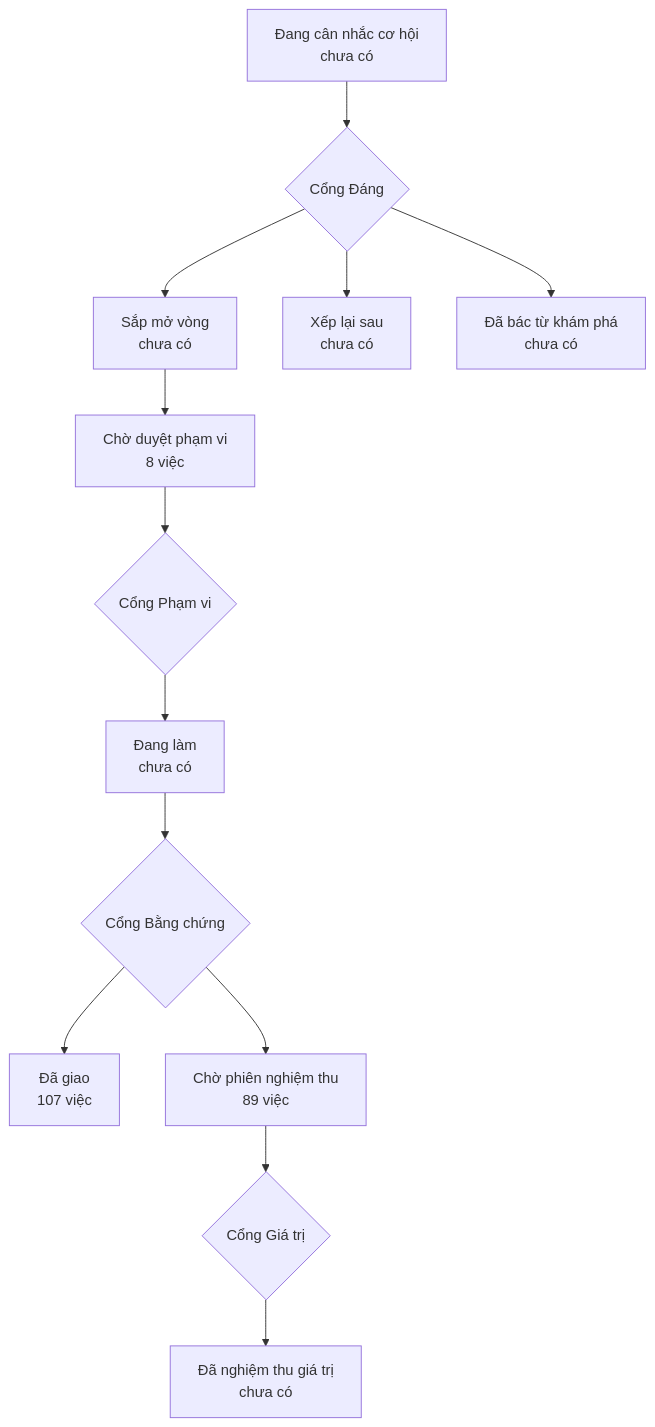
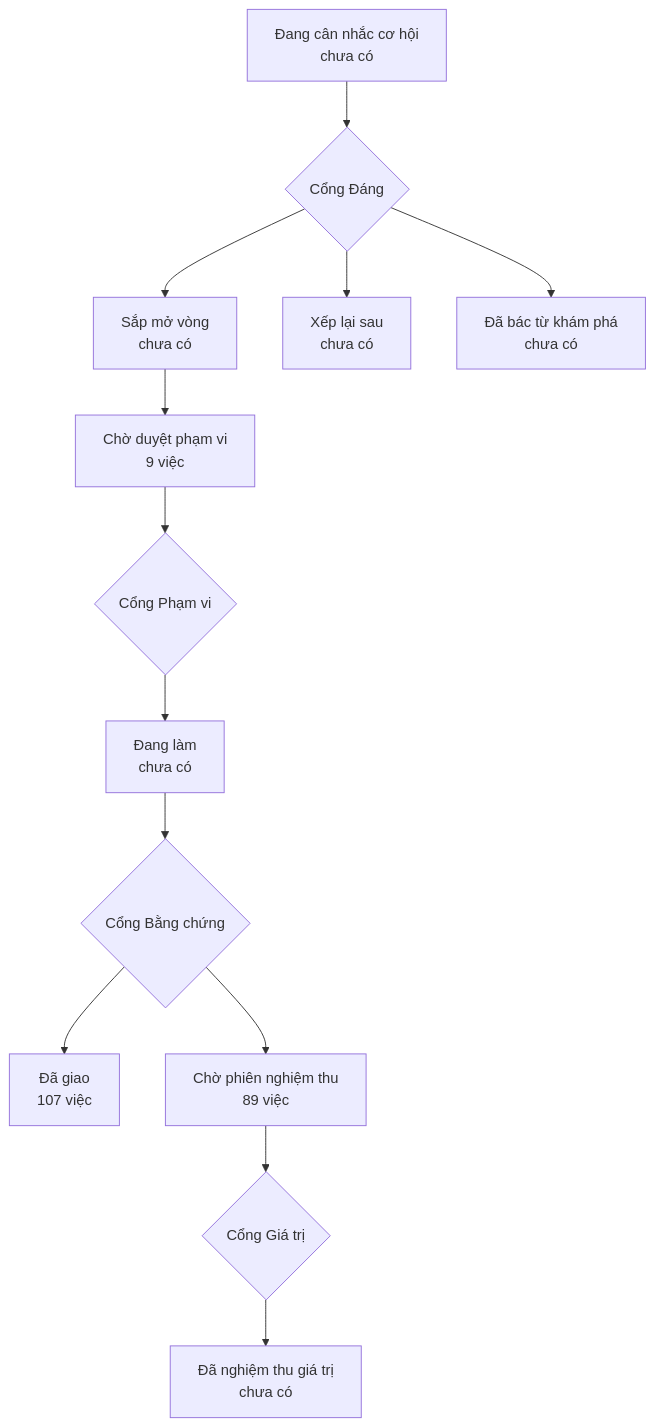
The diagram in PRODUCT-MAP.md (phanlemanh/onehub-invest), drawn with Mermaid before and after one commit. The commit also changed other lines of this file and 3 other files, not shown here.

Commit message:
chore(acceptance): HD17 S1 xong — chờ Cổng Phạm vi

````diff
--- a/PRODUCT-MAP.md
+++ b/PRODUCT-MAP.md
@@ -7,12 +7,12 @@
 ```mermaid
 flowchart TD
   A["Đang cân nhắc cơ hội<br/>chưa có"] --> GD{"Cổng Đáng"}
   GD --> B["Sắp mở vòng<br/>chưa có"]
   GD --> XL["Xếp lại sau<br/>chưa có"]
   GD --> DB["Đã bác từ khám phá<br/>chưa có"]
-  B --> CD["Chờ duyệt phạm vi<br/>8 việc"] --> GP{"Cổng Phạm vi"}
+  B --> CD["Chờ duyệt phạm vi<br/>9 việc"] --> GP{"Cổng Phạm vi"}
   GP --> DL["Đang làm<br/>chưa có"] --> GB{"Cổng Bằng chứng"}
   GB --> DG["Đã giao<br/>107 việc"]
   GB --> CN["Chờ phiên nghiệm thu<br/>89 việc"] --> GG{"Cổng Giá trị"}
   GG --> NT["Đã nghiệm thu giá trị<br/>chưa có"]
 ```
````
